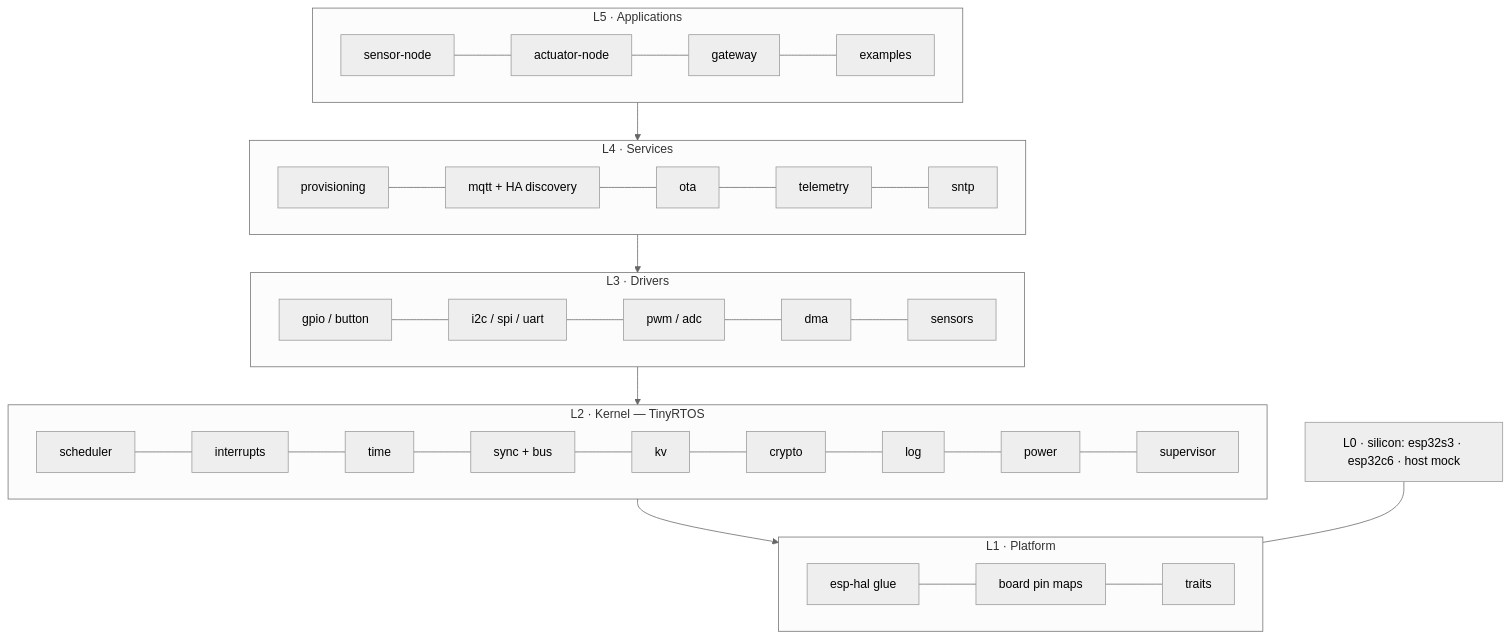
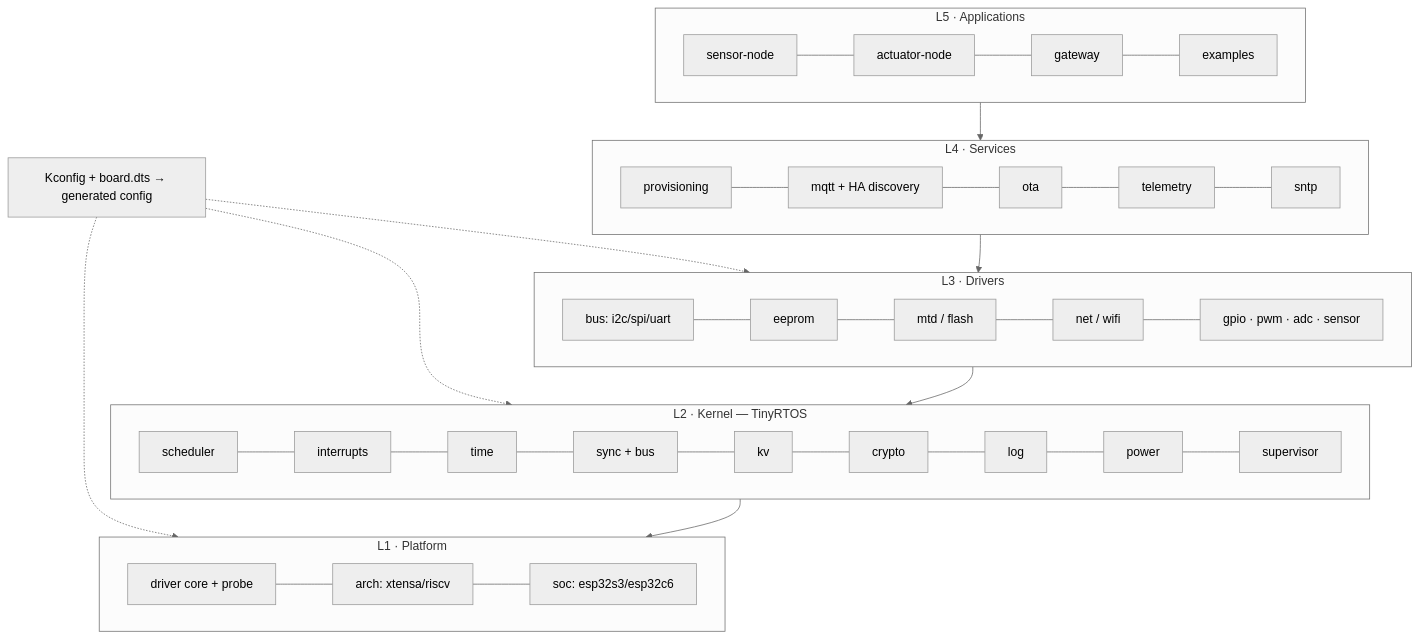
One commit to sprchuoi/esp_sdk_rustc changed the diagram in docs/PLAN.md. Above: the diagram before and after it, drawn with Mermaid (neutral theme). The commit also changed other lines of this file and 4 other files, not shown here.

First line of the commit message:
docs: Linux-style configuration and portability; EEPROM, MTD, NET drivers

````diff
--- a/docs/PLAN.md
+++ b/docs/PLAN.md
@@ -75,20 +85,22 @@
 ```mermaid
 flowchart TB
   subgraph L5["L5 · Applications"]
     A1[sensor-node] --- A2[actuator-node] --- A3[gateway] --- A4[examples]
   end
   subgraph L4["L4 · Services"]
     S1[provisioning] --- S2[mqtt + HA discovery] --- S3[ota] --- S4[telemetry] --- S5[sntp]
   end
   subgraph L3["L3 · Drivers"]
-    D1[gpio / button] --- D2[i2c / spi / uart] --- D3[pwm / adc] --- D4[dma] --- D5[sensors]
+    D1[bus: i2c/spi/uart] --- D2[eeprom] --- D3[mtd / flash] --- D4[net / wifi] --- D5[gpio · pwm · adc · sensor]
   end
   subgraph L2["L2 · Kernel — TinyRTOS"]
     K1[scheduler] --- K2[interrupts] --- K3[time] --- K4[sync + bus] --- K5[kv] --- K6[crypto] --- K7[log] --- K8[power] --- K9[supervisor]
   end
   subgraph L1["L1 · Platform"]
-    P1[esp-hal glue] --- P2[board pin maps] --- P3[traits]
+    P1[driver core + probe] --- P2[arch: xtensa/riscv] --- P3[soc: esp32s3/esp32c6]
   end
+  CFG["Kconfig + board.dts → generated config"] -.-> L1
+  CFG -.-> L2
+  CFG -.-> L3
   L5 --> L4 --> L3 --> L2 --> L1
-  L0[L0 · silicon: esp32s3 · esp32c6 · host mock] --- L1
 ```
````
